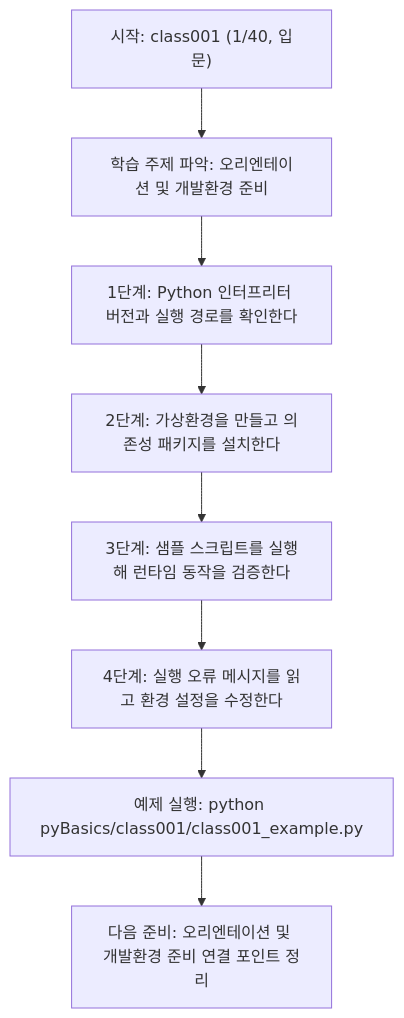
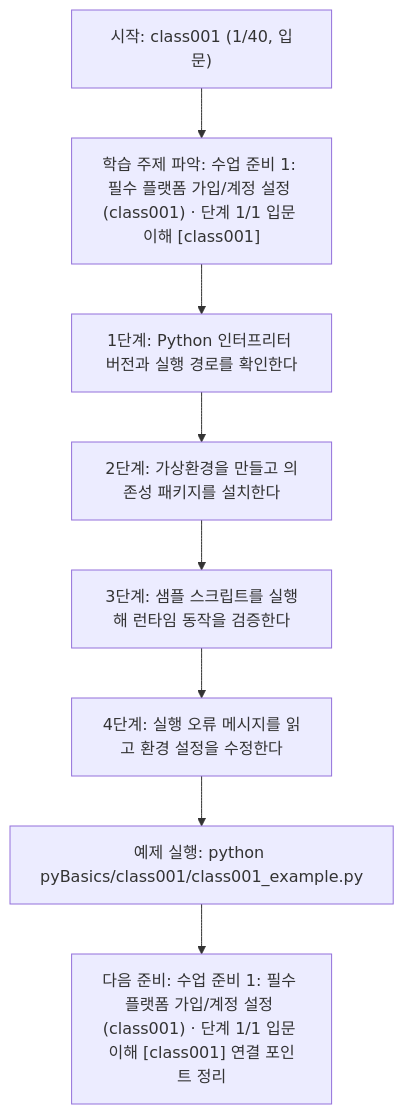
One commit to edumgt/Python-AI_Agent-Class changed the diagram in pyBasics/class001/class001.md. Above: the diagram before and after it, drawn with Mermaid. The commit also changed other lines of this file and 522 other files, not shown here.

````diff
--- a/pyBasics/class001/class001.md
+++ b/pyBasics/class001/class001.md
@@ -109,18 +110,18 @@
 ```mermaid
 flowchart TD
 N1["시작: class001 (1/40, 입문)"]
-N2["학습 주제 파악: 오리엔테이션 및 개발환경 준비"]
+N2["학습 주제 파악: 수업 준비 1: 필수 플랫폼 가입/계정 설정 (class001) · 단계 1/1 입문 이해 [class001]"]
 N3["1단계: Python 인터프리터 버전과 실행 경로를 확인한다"]
 N4["2단계: 가상환경을 만들고 의존성 패키지를 설치한다"]
 N5["3단계: 샘플 스크립트를 실행해 런타임 동작을 검증한다"]
 N6["4단계: 실행 오류 메시지를 읽고 환경 설정을 수정한다"]
 N7["예제 실행: python pyBasics/class001/class001_example.py"]
-N8["다음 준비: 오리엔테이션 및 개발환경 준비 연결 포인트 정리"]
+N8["다음 준비: 수업 준비 1: 필수 플랫폼 가입/계정 설정 (class001) · 단계 1/1 입문 이해 [class001] 연결 포인트 정리"]
 N1 --> N2
 N2 --> N3
 N3 --> N4
 N4 --> N5
 N5 --> N6
 N6 --> N7
 N7 --> N8
 ```
````
